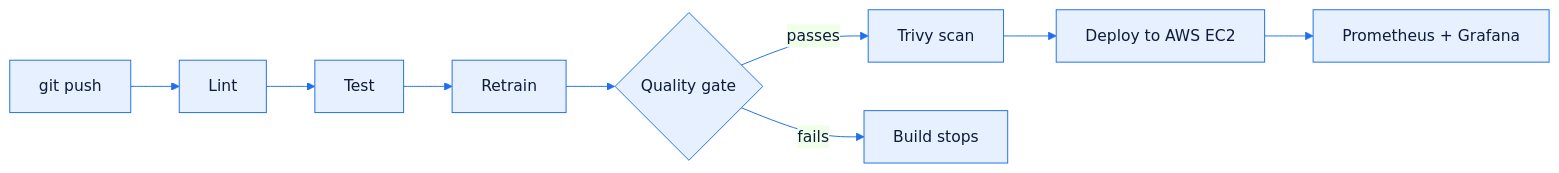
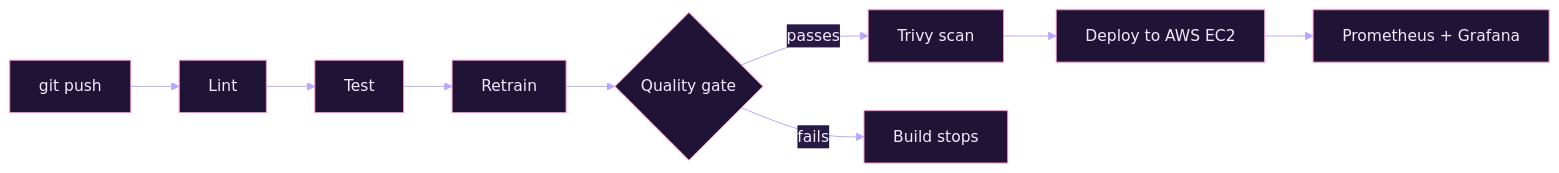
One commit to ruchitasingla/ruchitasingla changed the diagram in README.md. Above: the diagram before and after it, drawn with Mermaid. The commit also changed other lines of this file, not shown here.

````diff
--- a/README.md
+++ b/README.md
@@ -129,12 +172,12 @@
 ```mermaid
-%%{init: {"theme":"base","themeVariables":{"primaryColor":"#E7F0FF","primaryBorderColor":"#1F6FEB","primaryTextColor":"#0D1B3D","lineColor":"#1F6FEB"}}}%%
+%%{init: {"theme":"base","themeVariables":{"primaryColor":"#1F1436","primaryBorderColor":"#FF8FC7","primaryTextColor":"#F6E9FF","lineColor":"#B9A4FF","secondaryColor":"#271A45","tertiaryColor":"#150D26"}}}%%
 flowchart LR
     A[git push] --> B[Lint]
     B --> C[Test]
     C --> D[Retrain]
     D --> E{Quality gate}
     E -->|passes| F[Trivy scan]
     F --> G[Deploy to AWS EC2]
     G --> H[Prometheus + Grafana]
     E -->|fails| X[Build stops]
 ```
````
